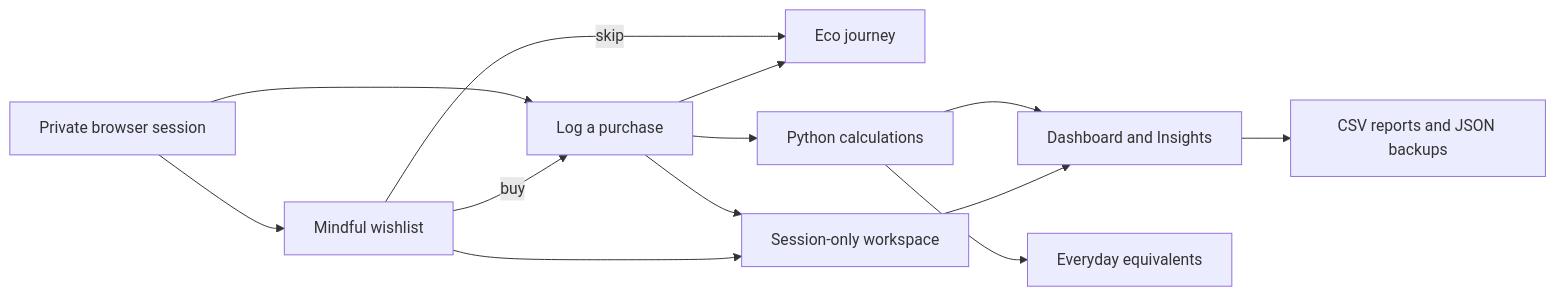
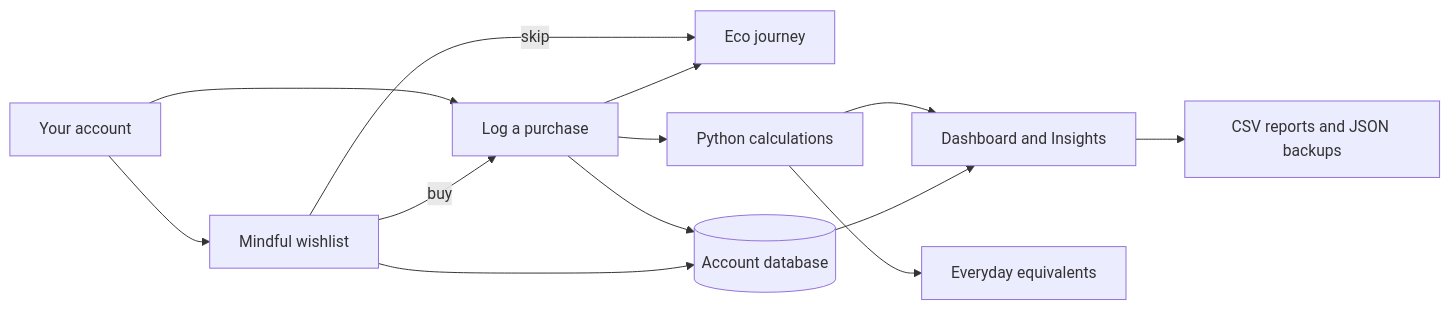
One commit to kavin-beep/IDAI102_1000527_ShopImpactAI_Kavin-K changed the diagram in README.md. Above: the diagram before and after it, drawn with Mermaid. The commit also changed other lines of this file and 15 other files, not shown here.

````diff
--- a/README.md
+++ b/README.md
@@ -135,15 +135,15 @@
 ```mermaid
 flowchart LR
-    A[Private browser session] --> B[Log a purchase]
+    A[Your account] --> B[Log a purchase]
     A --> W[Mindful wishlist]
     W -- buy --> B
     W -- skip --> J[Eco journey]
     B --> C[Python calculations]
     C --> D[Dashboard and Insights]
     C --> Q[Everyday equivalents]
     B --> J
-    B --> S[Session-only workspace]
+    B --> S[(Account database)]
     W --> S
     S --> D
     D --> F[CSV reports and JSON backups]
 ```
````
